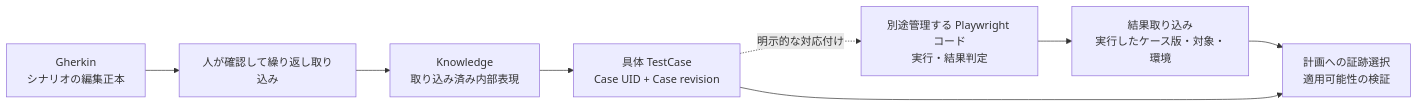
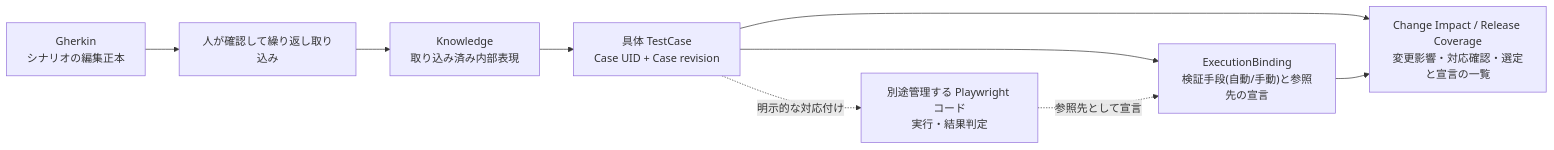
Before and after one commit to markharness/markharness: the first of 3 diagrams in docs/ja/テスト知識管理のGit-nativeモデル_統合版.md, drawn with Mermaid. The commit also changed other lines of this file and 1 other file, not shown here.

````diff
--- a/docs/ja/テスト知識管理のGit-nativeモデル_統合版.md
+++ b/docs/ja/テスト知識管理のGit-nativeモデル_統合版.md
@@ -17,10 +17,11 @@
 ```mermaid
 flowchart LR
   G["Gherkin\nシナリオの編集正本"] --> I["人が確認して繰り返し取り込み"]
   I --> K["Knowledge\n取り込み済み内部表現"]
   K --> C["具体 TestCase\nCase UID + Case revision"]
   C -. "明示的な対応付け" .-> P["別途管理する Playwright コード\n実行・結果判定"]
-  P --> E["結果取り込み\n実行したケース版・対象・環境"]
-  E --> V["計画への証跡選択\n適用可能性の検証"]
-  C --> V
+  C --> B["ExecutionBinding\n検証手段(自動/手動)と参照先の宣言"]
+  P -. "参照先として宣言" .-> B
+  C --> V["Change Impact / Release Coverage\n変更影響・対応確認・選定と宣言の一覧"]
+  B --> V
 ```
````
